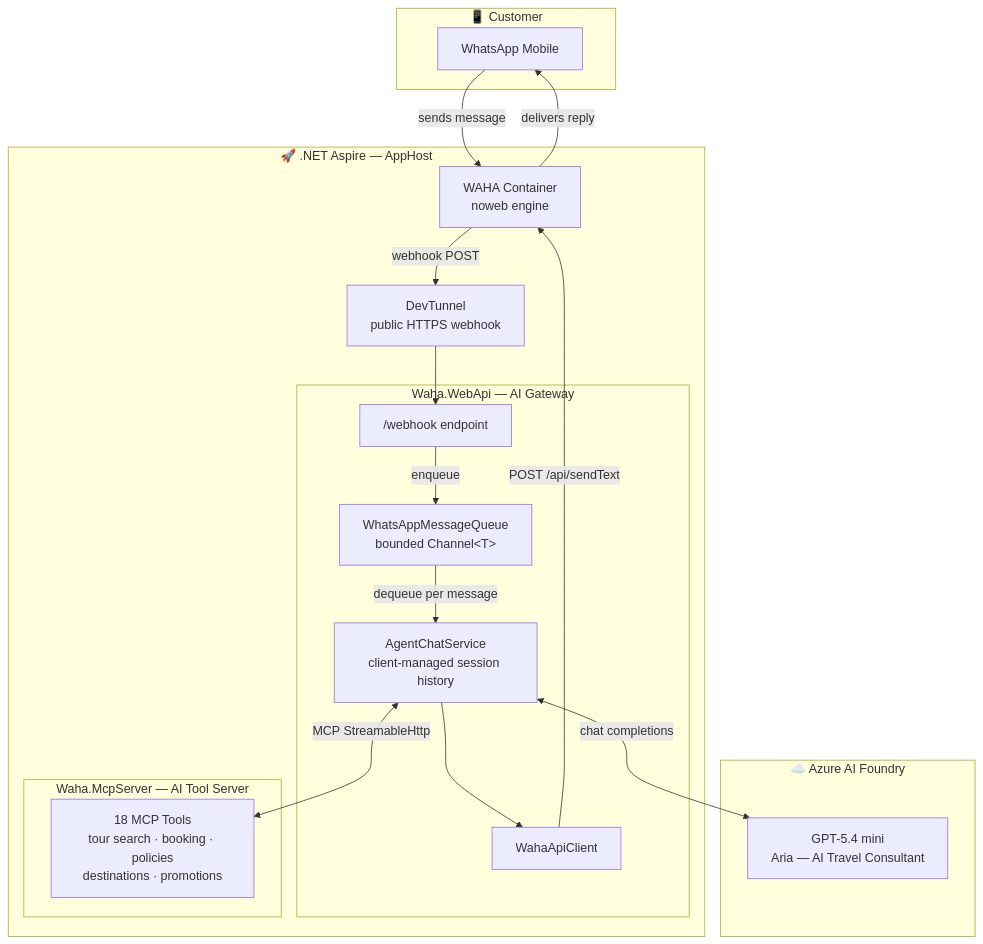
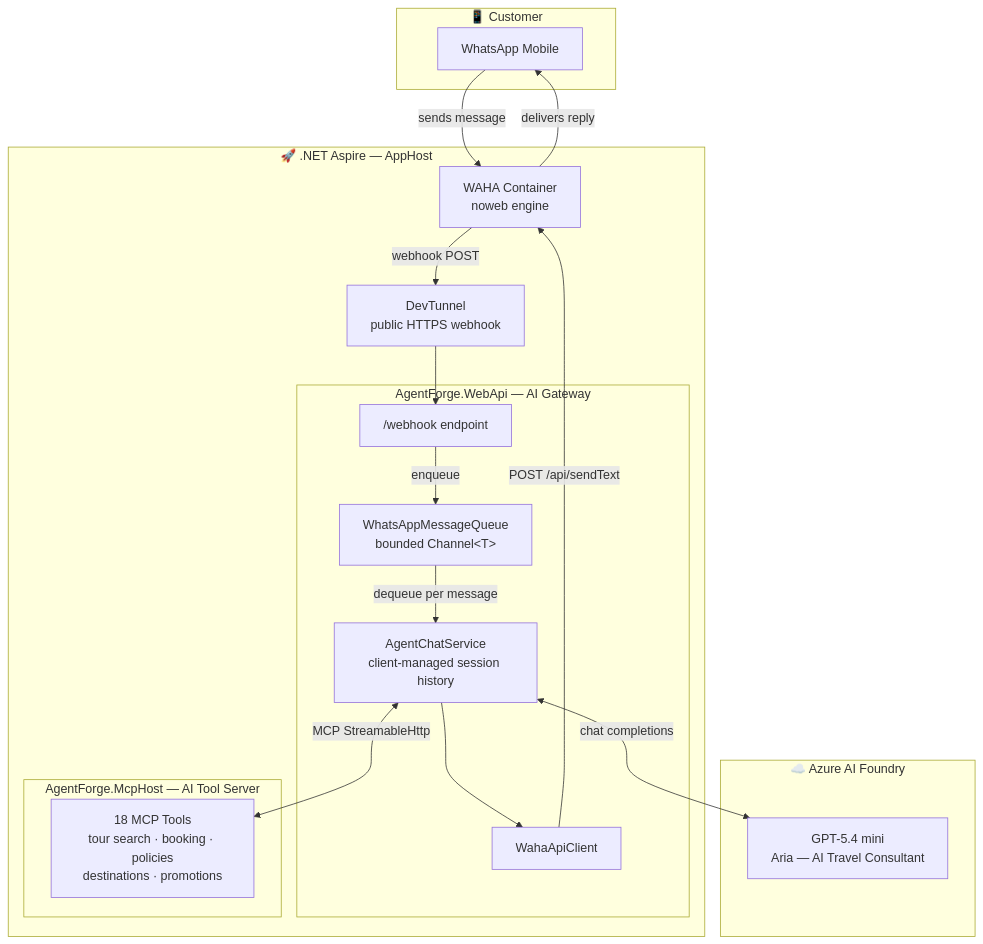
One commit to qloop-tech/AgentForge.Core changed the diagram in README.md. Above: the diagram before and after it, drawn with Mermaid. The commit also changed other lines of this file and 183 other files, not shown here.

Commit message:
feat: build AgentForge runtime plugin platform

````diff
--- a/README.md
+++ b/README.md
@@ -29,37 +29,37 @@
 ```mermaid
 flowchart TD
     subgraph Customer["📱 Customer"]
         WA[WhatsApp Mobile]
     end
 
     subgraph Aspire["🚀 .NET Aspire — AppHost"]
         WAHA["WAHA Container\nnoweb engine"]
         DT["DevTunnel\npublic HTTPS webhook"]
 
-        subgraph WebApi["Waha.WebApi  —  AI Gateway"]
+        subgraph WebApi["AgentForge.WebApi  —  AI Gateway"]
             WH["/webhook endpoint"]
             Q["WhatsAppMessageQueue\nbounded Channel&lt;T&gt;"]
             ACS["AgentChatService\nclient-managed session history"]
             WC["WahaApiClient"]
         end
 
-        subgraph MCP["Waha.McpServer  —  AI Tool Server"]
+        subgraph MCP["AgentForge.McpHost  —  AI Tool Server"]
             MT["18 MCP Tools\ntour search · booking · policies\ndestinations · promotions"]
         end
     end
 
     subgraph Azure["☁️ Azure AI Foundry"]
         AI["GPT-5.4 mini\nAria — AI Travel Consultant"]
     end
 
     WA -->|"sends message"| WAHA
     WAHA -->|"webhook POST"| DT
     DT --> WH
     WH -->|"enqueue"| Q
     Q -->|"dequeue per message"| ACS
     ACS <-->|"MCP StreamableHttp"| MT
     ACS <-->|"chat completions"| AI
     ACS --> WC
     WC -->|"POST /api/sendText"| WAHA
     WAHA -->|"delivers reply"| WA
 ```
````
